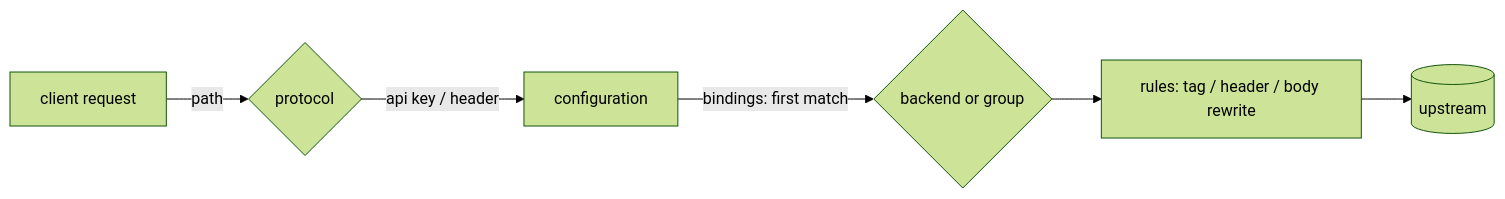
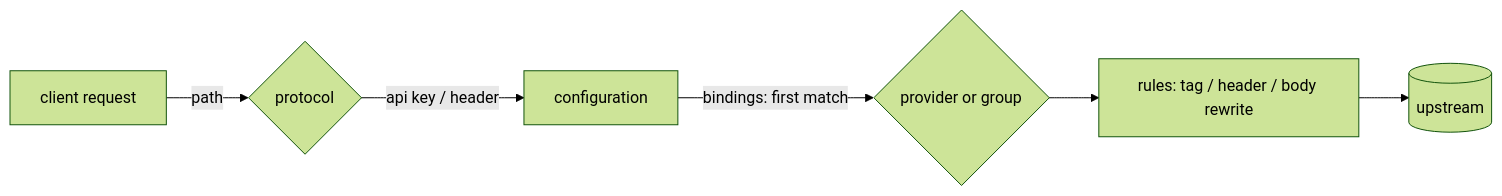
Before and after one commit to andyjmorgan/slipspace-gateway: the diagram in docs/faq.md, drawn with Mermaid (forest theme). The commit also changed other lines of this file and 5 other files, not shown here.

````diff
--- a/docs/faq.md
+++ b/docs/faq.md
@@ -71,8 +71,8 @@
 ```mermaid
 flowchart LR
   C[client request] -->|path| P{protocol}
   P -->|api key / header| CFG[configuration]
-  CFG -->|bindings: first match| D{backend or group}
+  CFG -->|bindings: first match| D{provider or group}
   D --> R[rules: tag / header / body rewrite]
   R --> U[(upstream)]
 ```
````
